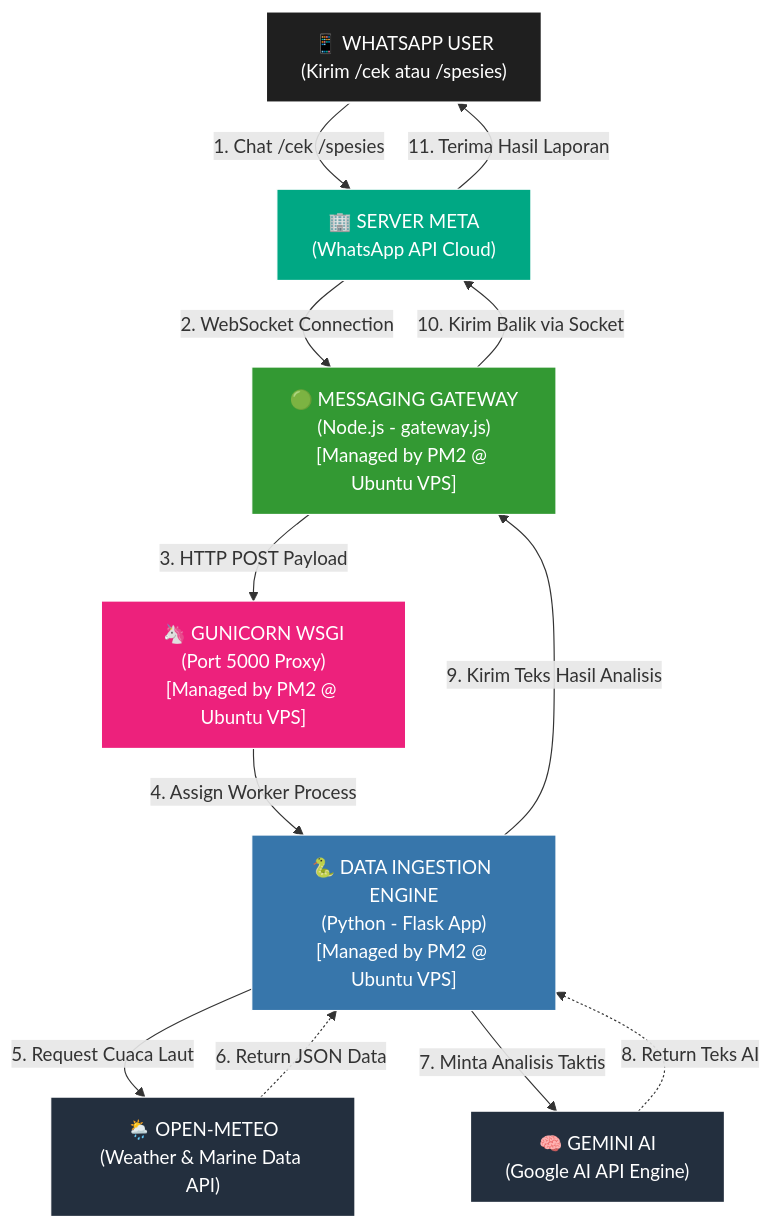
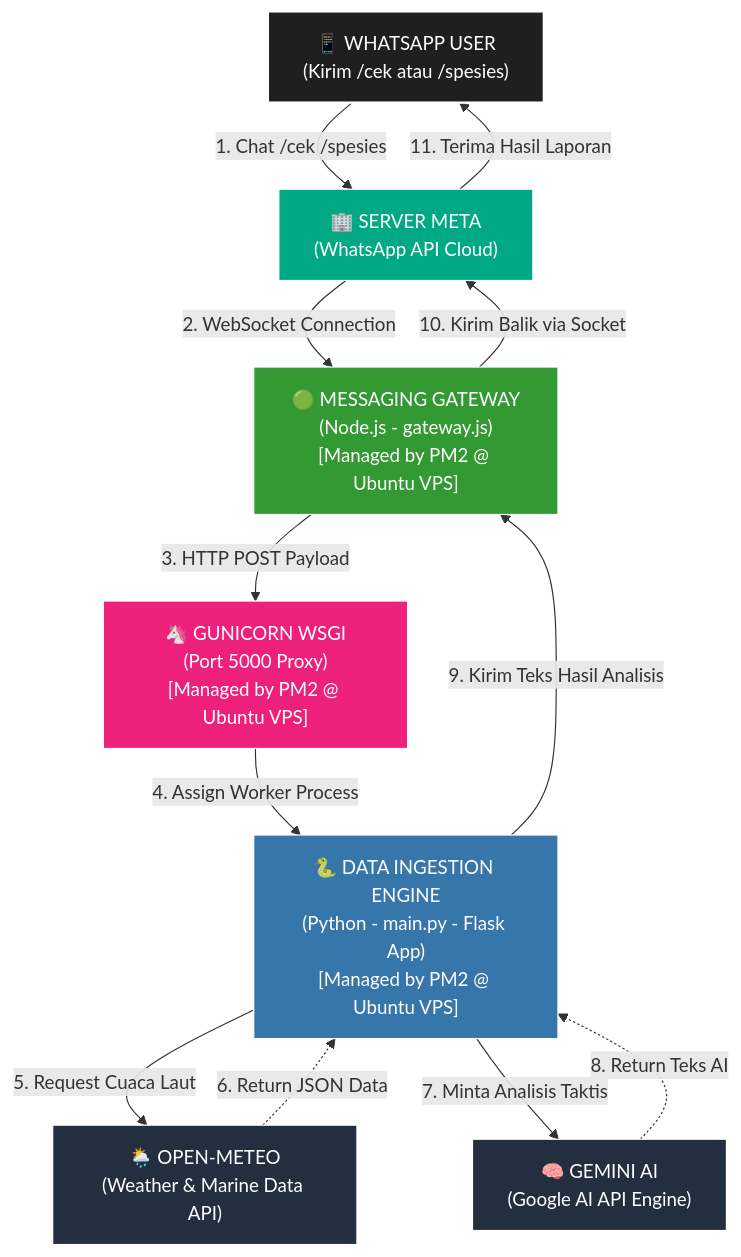
Before and after one commit to AdienDendra/architect-web: the diagram in content.id/projects/bot-fishing.md, drawn with Mermaid. The commit also changed other lines of this file and 2 other files, not shown here.

```diff
--- a/content.id/projects/bot-fishing.md
+++ b/content.id/projects/bot-fishing.md
@@ -60,38 +60,38 @@
 {{< mermaid >}}
 
 graph TD
     %% Define Styles (Tema Dark Mode Portofolio)
     classDef user fill:#1f1f1f,stroke:#fff,stroke-width:2px,color:#fff;
     classDef meta fill:#00a884,stroke:#fff,stroke-width:1px,color:#fff;
     classDef nodejs fill:#339933,stroke:#fff,stroke-width:1px,color:#fff;
     classDef guni fill:#ed217c,stroke:#fff,stroke-width:1px,color:#fff;
     classDef python fill:#3776AB,stroke:#fff,stroke-width:1px,color:#fff;
     classDef external fill:#232F3E,stroke:#fff,stroke-width:1px,color:#fff;
 
     %% --- SUSUNAN NODE LURUS SATU KOLOM ---
     User["📱 WHATSAPP USER<br>(Kirim /cek atau /spesies)"]:::user
     Meta["🏢 SERVER META<br>(WhatsApp API Cloud)"]:::meta
     NodeApp["🟢 MESSAGING GATEWAY<br>(Node.js - gateway.js)<br>[Managed by PM2 @ Ubuntu VPS]"]:::nodejs
     GuniMaster["🦄 GUNICORN WSGI<br>(Port 5000 Proxy)<br>[Managed by PM2 @ Ubuntu VPS]"]:::guni
-    MainPy["🐍 DATA INGESTION ENGINE<br>(Python - Flask App)<br>[Managed by PM2 @ Ubuntu VPS]"]:::python
+    MainPy["🐍 DATA INGESTION ENGINE<br>(Python - main.py - Flask App)<br>[Managed by PM2 @ Ubuntu VPS]"]:::python
     BOM["🌦️ OPEN-METEO<br>(Weather & Marine Data API)"]:::external
     Gemini["🧠 GEMINI AI<br>(Google AI API Engine)"]:::external
 
     %% === FLOW ALUR MASUK (LURUS VERTIKAL KE BAWAH) ===
     User -->|1. Chat /cek /spesies| Meta
     Meta -->|2. WebSocket Connection| NodeApp
     NodeApp -->|3. HTTP POST Payload| GuniMaster
     GuniMaster -->|4. Assign Worker Process| MainPy
     
     %% === INTERAKSI API DI LEVEL BAWAH ===
     MainPy -->|5. Request Cuaca Laut| BOM
     BOM -.->|6. Return JSON Data| MainPy
     MainPy -->|7. Minta Analisis Taktis| Gemini
     Gemini -.->|8. Return Teks AI| MainPy
     
     %% === FLOW ALUR KELUAR (LURUS KEMBALI NAIK KE ATAS) ===
     MainPy -->|9. Kirim Teks Hasil Analisis| NodeApp
     NodeApp -->|10. Kirim Balik via Socket| Meta
     Meta -->|11. Terima Hasil Laporan| User
 
 {{< /mermaid >}}
```
